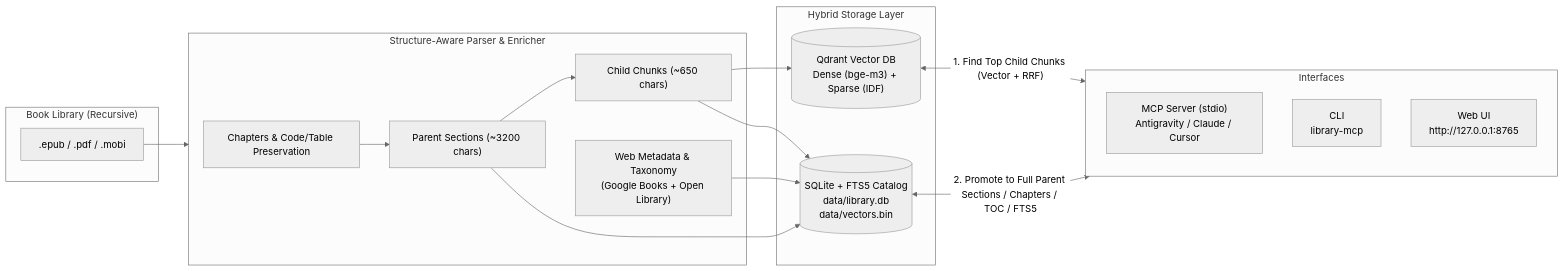
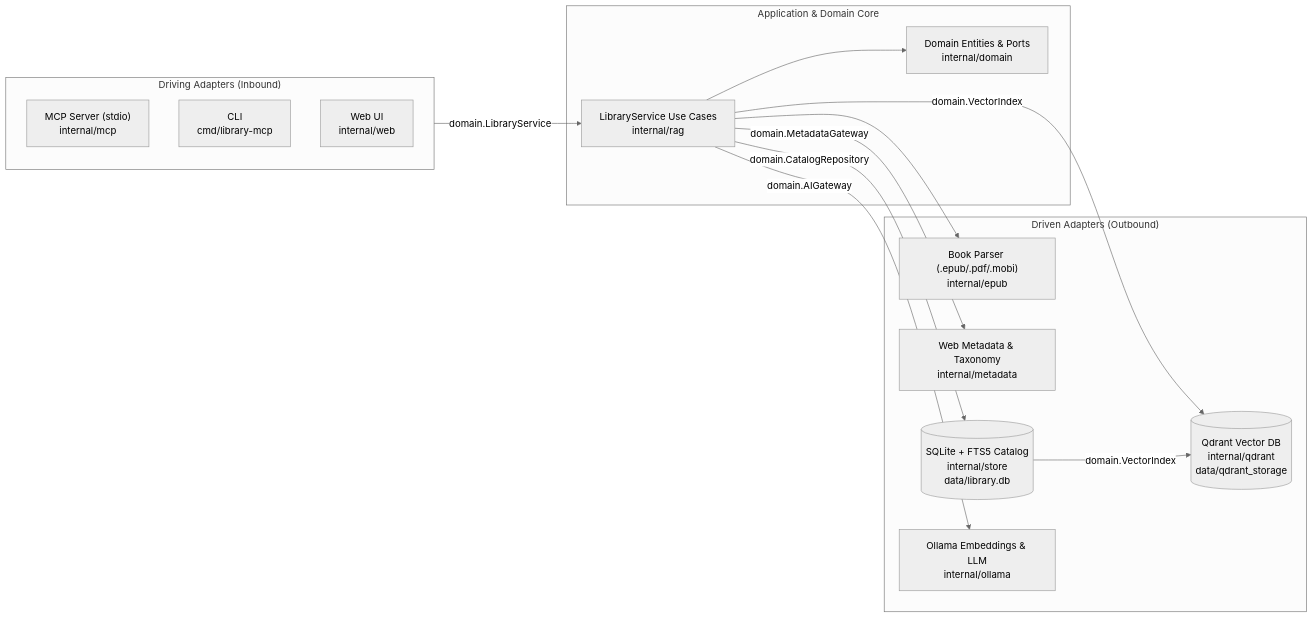
Before and after one commit to jarkow/library-mcp: the diagram in README.md, drawn with Mermaid (neutral theme). The commit also changed other lines of this file and 12 other files, not shown here.

Commit message:
Refactor into Go Hexagonal Architecture (domain & ports), add AGENTS.md, and generalize README

````diff
--- a/README.md
+++ b/README.md
@@ -36,33 +51,30 @@
 ```mermaid
 flowchart LR
-    subgraph Input["Book Library (Recursive)"]
-        EPUB[".epub / .pdf / .mobi"]
+    subgraph Driving["Driving Adapters (Inbound)"]
+        MCP["MCP Server (stdio)\ninternal/mcp"]
+        CLI["CLI\ncmd/library-mcp"]
+        UI["Web UI\ninternal/web"]
     end
 
-    subgraph Parser["Structure-Aware Parser & Enricher"]
-        P1["Chapters & Code/Table Preservation"]
-        P2["Parent Sections (~3200 chars)"]
-        P3["Child Chunks (~650 chars)"]
-        WEB["Web Metadata & Taxonomy\n(Google Books + Open Library)"]
-        P1 --> P2 --> P3
+    subgraph Core["Application & Domain Core"]
+        DOM["Domain Entities & Ports\ninternal/domain"]
+        APP["LibraryService Use Cases\ninternal/rag"]
+        APP --> DOM
     end
 
-    subgraph Storage["Hybrid Storage Layer"]
-        QD[("Qdrant Vector DB\nDense (bge-m3) + Sparse (IDF)")]
-        LOC[("SQLite + FTS5 Catalog\ndata/library.db\ndata/vectors.bin")]
+    subgraph Driven["Driven Adapters (Outbound)"]
+        PARSER["Book Parser (.epub/.pdf/.mobi)\ninternal/epub"]
+        META["Web Metadata & Taxonomy\ninternal/metadata"]
+        SQL[("SQLite + FTS5 Catalog\ninternal/store\ndata/library.db")]
+        QD[("Qdrant Vector DB\ninternal/qdrant\ndata/qdrant_storage")]
+        AI["Ollama Embeddings & LLM\ninternal/ollama"]
     end
 
-    subgraph Consumers["Interfaces"]
-        MCP["MCP Server (stdio)\nAntigravity / Claude / Cursor"]
-        CLI["CLI\nlibrary-mcp"]
-        UI["Web UI\nhttp://127.0.0.1:8765"]
-    end
-
-    EPUB --> Parser
-    P2 --> LOC
-    WEB --> LOC
-    P3 --> QD
-    P3 --> LOC
-    QD <-->|"1. Find Top Child Chunks (Vector + RRF)"| Consumers
-    LOC <-->|"2. Promote to Full Parent Sections / Chapters / TOC / FTS5"| Consumers
+    Driving -->|"domain.LibraryService"| APP
+    APP --> PARSER
+    APP -->|"domain.MetadataGateway"| META
+    APP -->|"domain.CatalogRepository"| SQL
+    APP -->|"domain.VectorIndex"| QD
+    APP -->|"domain.AIGateway"| AI
+    SQL -->|"domain.VectorIndex"| QD
 ```
````
